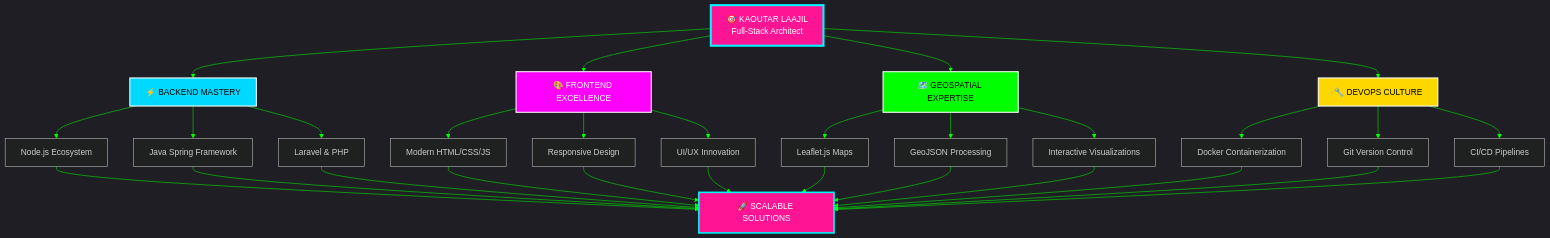
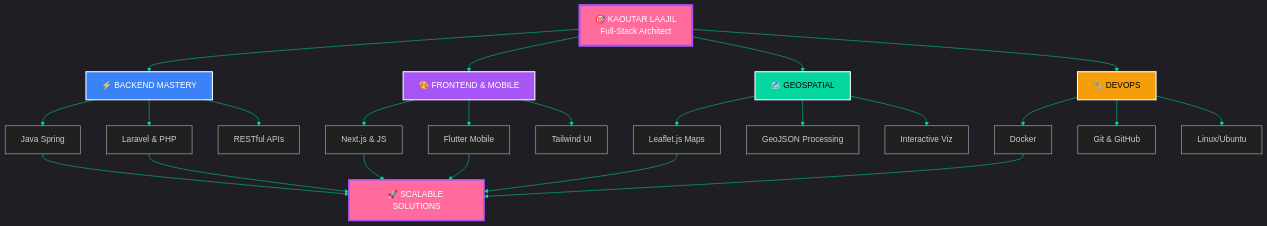
One commit to kooutar/kooutar changed the diagram in README.md. Above: the diagram before and after it, drawn with Mermaid. The commit also changed other lines of this file, not shown here.

````diff
--- a/README.md
+++ b/README.md
@@ -136,46 +127,40 @@
 ```mermaid
-%%{init: {'theme':'dark', 'themeVariables': { 'primaryColor': '#00F5FF', 'primaryTextColor': '#fff', 'primaryBorderColor': '#FF00FF', 'lineColor': '#00FF00', 'secondaryColor': '#FF1493', 'tertiaryColor': '#FFD700'}}}%%
+%%{init: {'theme':'dark', 'themeVariables': { 'primaryColor': '#FF6B9D', 'primaryTextColor': '#fff', 'primaryBorderColor': '#A855F7', 'lineColor': '#06D6A0', 'secondaryColor': '#F59E0B', 'tertiaryColor': '#3B82F6'}}}%%
 graph TB
-    A[🎯 KAOUTAR LAAJIL<br/>Full-Stack Architect] 
-    
+    A[🎯 KAOUTAR LAAJIL<br/>Full-Stack Architect]
+
     A --> B[⚡ BACKEND MASTERY]
-    A --> C[🎨 FRONTEND EXCELLENCE]
-    A --> D[🗺️ GEOSPATIAL EXPERTISE]
-    A --> E[🔧 DEVOPS CULTURE]
-    
-    B --> B1[Node.js Ecosystem]
-    B --> B2[Java Spring Framework]
-    B --> B3[Laravel & PHP]
-    
-    C --> C1[Modern HTML/CSS/JS]
-    C --> C2[Responsive Design]
-    C --> C3[UI/UX Innovation]
-    
+    A --> C[🎨 FRONTEND & MOBILE]
+    A --> D[🗺️ GEOSPATIAL]
+    A --> E[🔧 DEVOPS]
+
+    B --> B1[Java Spring]
+    B --> B2[Laravel & PHP]
+    B --> B3[RESTful APIs]
+
+    C --> C1[Next.js & JS]
+    C --> C2[Flutter Mobile]
+    C --> C3[Tailwind UI]
+
     D --> D1[Leaflet.js Maps]
     D --> D2[GeoJSON Processing]
-    D --> D3[Interactive Visualizations]
-    
-    E --> E1[Docker Containerization]
-    E --> E2[Git Version Control]
-    E --> E3[CI/CD Pipelines]
-    
+    D --> D3[Interactive Viz]
+
+    E --> E1[Docker]
+    E --> E2[Git & GitHub]
+    E --> E3[Linux/Ubuntu]
+
     B1 --> F[🚀 SCALABLE SOLUTIONS]
     B2 --> F
-    B3 --> F
     C1 --> F
     C2 --> F
-    C3 --> F
     D1 --> F
-    D2 --> F
-    D3 --> F
     E1 --> F
-    E2 --> F
-    E3 --> F
-    
-    style A fill:#FF1493,stroke:#00F5FF,stroke-width:4px,color:#fff
-    style B fill:#00D9FF,stroke:#fff,stroke-width:2px,color:#000
-    style C fill:#FF00FF,stroke:#fff,stroke-width:2px,color:#fff
-    style D fill:#00FF00,stroke:#fff,stroke-width:2px,color:#000
-    style E fill:#FFD700,stroke:#fff,stroke-width:2px,color:#000
-    style F fill:#FF1493,stroke:#00F5FF,stroke-width:3px,color:#fff
+
+    style A fill:#FF6B9D,stroke:#A855F7,stroke-width:4px,color:#fff
+    style B fill:#3B82F6,stroke:#fff,stroke-width:2px,color:#fff
+    style C fill:#A855F7,stroke:#fff,stroke-width:2px,color:#fff
+    style D fill:#06D6A0,stroke:#fff,stroke-width:2px,color:#000
+    style E fill:#F59E0B,stroke:#fff,stroke-width:2px,color:#000
+    style F fill:#FF6B9D,stroke:#A855F7,stroke-width:3px,color:#fff
 ```
````
